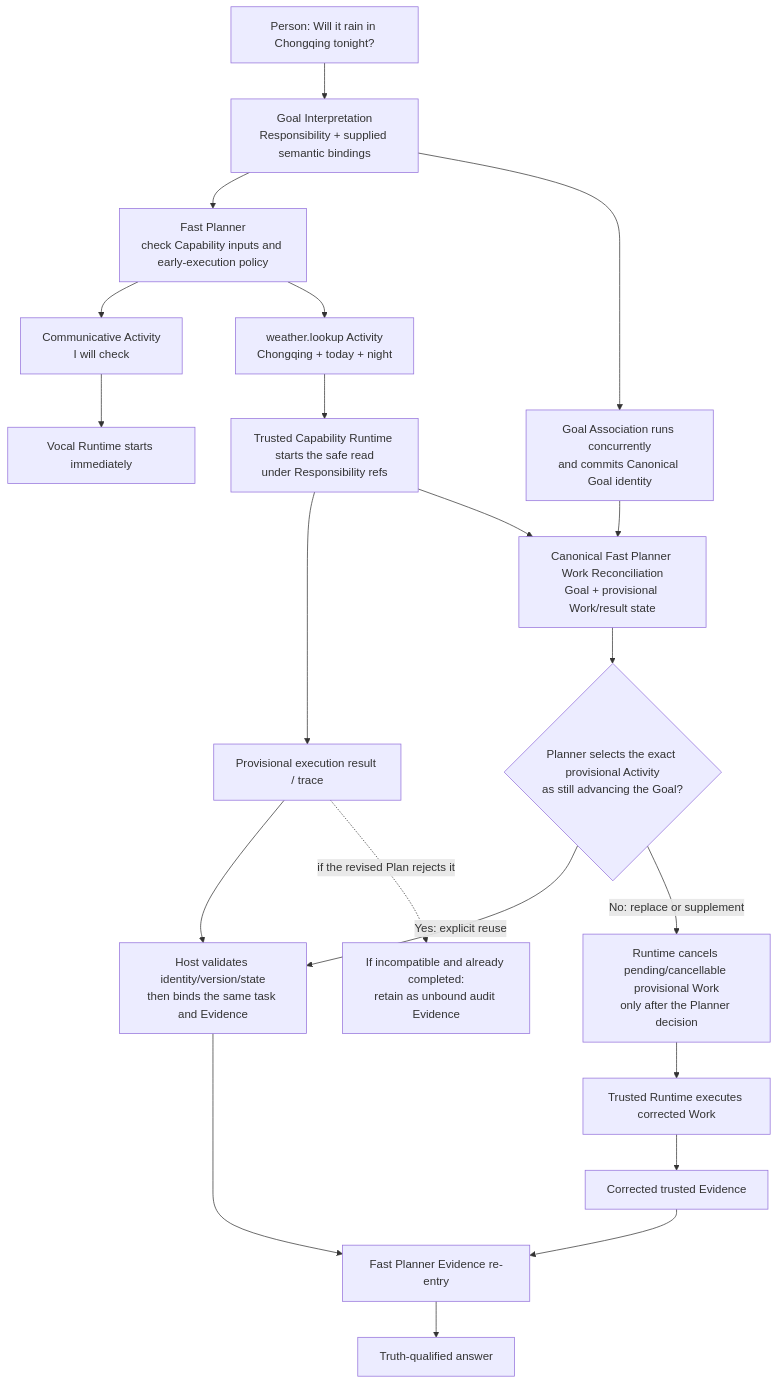
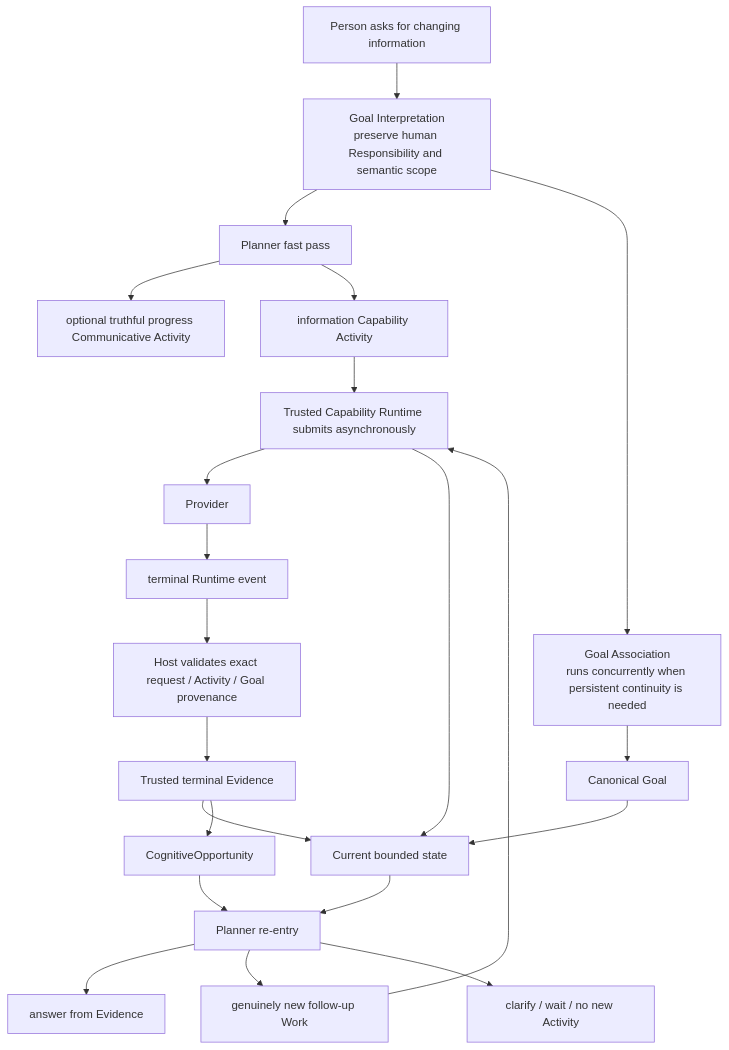
Before and after one commit to TimeTreker/chromie: the second of 2 diagrams in docs/PROJECT_CHARTER.md, drawn with Mermaid. The commit also changed other lines of this file and 17 other files, not shown here.

````diff
--- a/docs/PROJECT_CHARTER.md
+++ b/docs/PROJECT_CHARTER.md
@@ -172,27 +180,24 @@
 ```mermaid
 flowchart TD
-    A["Person: Will it rain in Chongqing tonight?"] --> B["Goal Interpretation<br/>Responsibility + supplied semantic bindings"]
-    B --> C["Fast Planner<br/>check Capability inputs and early-execution policy"]
-
-    C --> D["Communicative Activity<br/>I will check"]
-    C --> E["weather.lookup Activity<br/>Chongqing + today + night"]
-    D --> F["Vocal Runtime starts immediately"]
-    E --> G["Trusted Capability Runtime starts the safe read<br/>under Responsibility refs"]
-    G --> N["Provisional execution result / trace"]
-
-    B --> H["Goal Association runs concurrently<br/>and commits Canonical Goal identity"]
-    H --> K["Canonical Fast Planner Work Reconciliation<br/>Goal + provisional Work/result state"]
-    G --> K
-    K --> L{"Planner selects the exact provisional Activity<br/>as still advancing the Goal?"}
-
-    L -- "Yes: explicit reuse" --> J["Host validates identity/version/state<br/>then binds the same task and Evidence"]
-    N --> J
-    L -- "No: replace or supplement" --> M["Runtime cancels pending/cancellable provisional Work<br/>only after the Planner decision"]
-    N -. "if the revised Plan rejects it" .-> Q["If incompatible and already completed:<br/>retain as unbound audit Evidence"]
-    M --> R["Trusted Runtime executes corrected Work"]
-
-    J --> O["Fast Planner Evidence re-entry"]
-    R --> S["Corrected trusted Evidence"]
-    S --> O
-    O --> P["Truth-qualified answer"]
+    A["Person asks for changing information"] --> B["Goal Interpretation<br/>preserve human Responsibility and semantic scope"]
+    B --> C["Planner fast pass"]
+    B --> G["Goal Association<br/>runs concurrently when persistent continuity is needed"]
+    C --> D["optional truthful progress Communicative Activity"]
+    C --> E["information Capability Activity"]
+    E --> R["Trusted Capability Runtime submits asynchronously"]
+    R --> P["Provider"]
+    P --> X["terminal Runtime event"]
+    X --> V["Host validates exact request / Activity / Goal provenance"]
+    V --> EV["Trusted terminal Evidence"]
+    G --> CG["Canonical Goal"]
+    CG --> S["Current bounded state"]
+    EV --> S
+    R --> S
+    EV --> O["CognitiveOpportunity"]
+    O --> NP["Planner re-entry"]
+    S --> NP
+    NP --> A1["answer from Evidence"]
+    NP --> A2["genuinely new follow-up Work"]
+    NP --> A3["clarify / wait / no new Activity"]
+    A2 --> R
 ```
````
